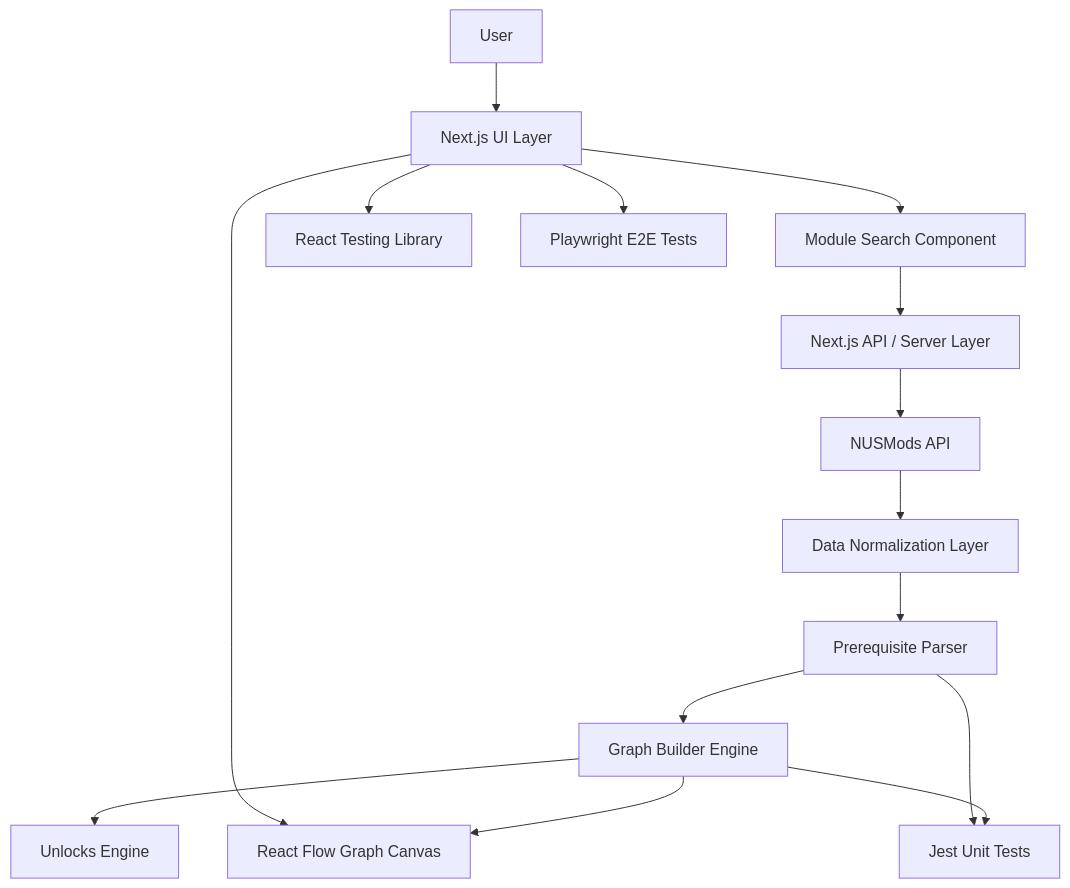
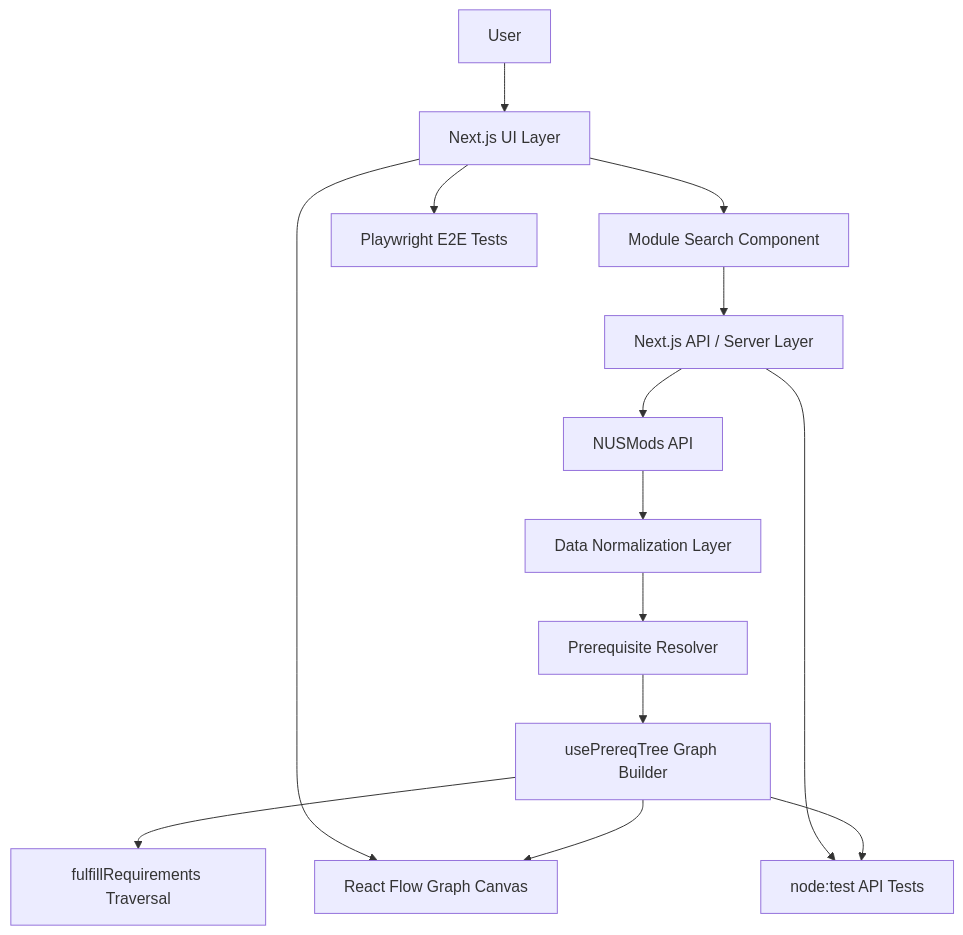
The seventh of 14 diagrams in README.md (arav31/NUS-Tree), drawn with Mermaid before and after one commit. The commit also changed other lines of this file and 3 other files, not shown here.

````diff
--- a/README.md
+++ b/README.md
@@ -768,20 +742,19 @@
 ```mermaid
 flowchart TD
     User[User] --> UI[Next.js UI Layer]
     UI --> Search[Module Search Component]
     UI --> GraphUI[React Flow Graph Canvas]
 
     Search --> API[Next.js API / Server Layer]
     API --> NUSMods[NUSMods API]
     NUSMods --> Normalize[Data Normalization Layer]
 
-    Normalize --> Parser[Prerequisite Parser]
-    Parser --> GraphEngine[Graph Builder Engine]
-    GraphEngine --> UnlockEngine[Unlocks Engine]
+    Normalize --> Parser[Prerequisite Resolver]
+    Parser --> GraphEngine[usePrereqTree Graph Builder]
+    GraphEngine --> UnlockEngine[fulfillRequirements Traversal]
     GraphEngine --> GraphUI
 
-    Parser --> Tests[Jest Unit Tests]
+    API --> Tests[node:test API Tests]
     GraphEngine --> Tests
-    UI --> ComponentTests[React Testing Library]
     UI --> E2E[Playwright E2E Tests]
 ```
````
